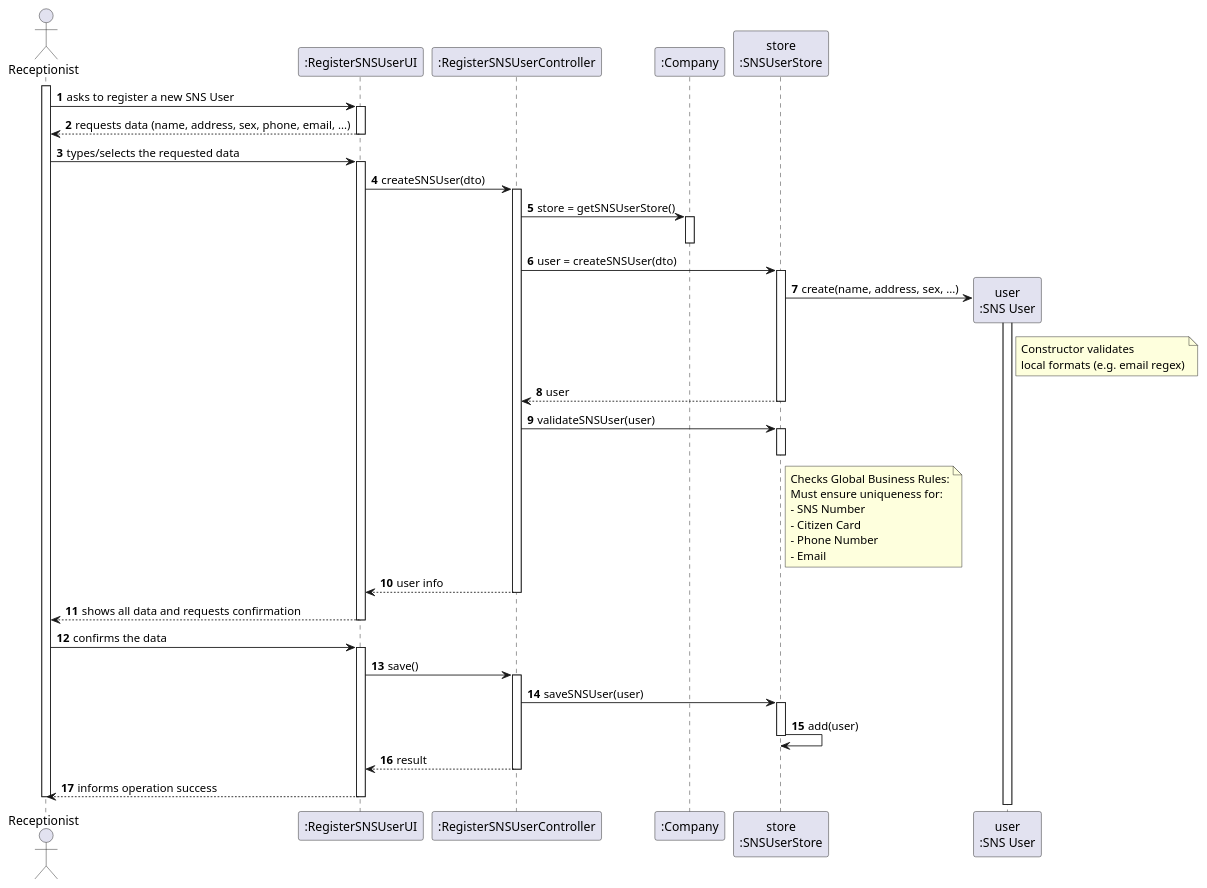
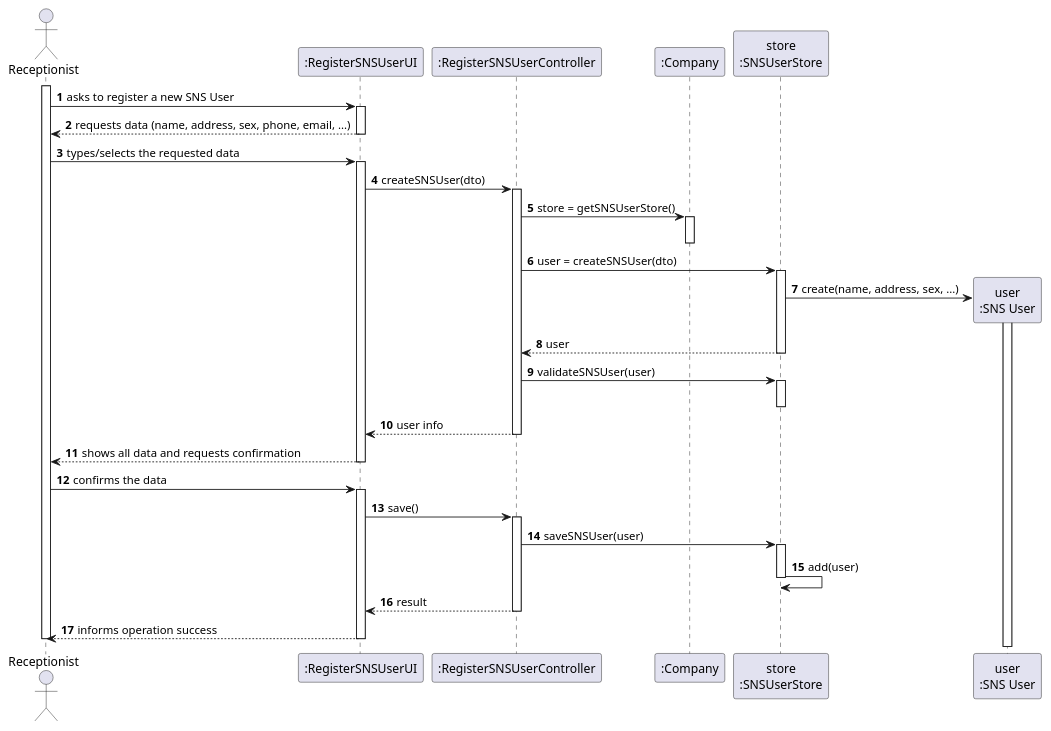
One commit to afonso51111/leti-esoft-25-26-A33 changed the diagram in project-template/docs/sprint3/US20/puml/US20-SD.puml. Above: the diagram before and after it, drawn with PlantUML. The commit also changed 36 other files, not shown here.

```diff
--- a/project-template/docs/sprint3/US20/puml/US20-SD.puml
+++ b/project-template/docs/sprint3/US20/puml/US20-SD.puml
@@ -1,76 +1,65 @@
 @startuml
 autonumber
 actor "Receptionist" as Rec
 participant ":RegisterSNSUserUI" as UI
 participant ":RegisterSNSUserController" as CTRL
 participant ":Company" as CMP
 participant "store\n:SNSUserStore" as STORE
 participant "user\n:SNS User" as USER
 
 activate Rec
 Rec -> UI : asks to register a new SNS User
 activate UI
 
 UI --> Rec : requests data (name, address, sex, phone, email, ...)
 deactivate UI
 
 Rec -> UI : types/selects the requested data
 activate UI
 
 UI -> CTRL : createSNSUser(dto)
 activate CTRL
 
 CTRL -> CMP : store = getSNSUserStore()
 activate CMP
 deactivate CMP
 
 CTRL -> STORE : user = createSNSUser(dto)
 activate STORE
     create USER
     STORE -> USER : create(name, address, sex, ...)
     activate USER
-        note right of USER
-            Constructor validates
-            local formats (e.g. email regex)
-        end note
     deactivate USER
+
 STORE --> CTRL : user
 deactivate STORE
 
 CTRL -> STORE : validateSNSUser(user)
 activate STORE
-    note right of STORE
-        Checks Global Business Rules:
-        Must ensure uniqueness for:
-        - SNS Number
-        - Citizen Card
-        - Phone Number
-        - Email
-    end note
 deactivate STORE
 
 CTRL --> UI : user info
 deactivate CTRL
 
 UI --> Rec : shows all data and requests confirmation
 deactivate UI
 
 Rec -> UI : confirms the data
 activate UI
 
 UI -> CTRL : save()
 activate CTRL
 
 CTRL -> STORE : saveSNSUser(user)
 activate STORE
     STORE -> STORE : add(user)
 deactivate STORE
 
 CTRL --> UI : result
 deactivate CTRL
 
 UI --> Rec : informs operation success
 deactivate UI
 deactivate Rec
 
 @enduml
```
